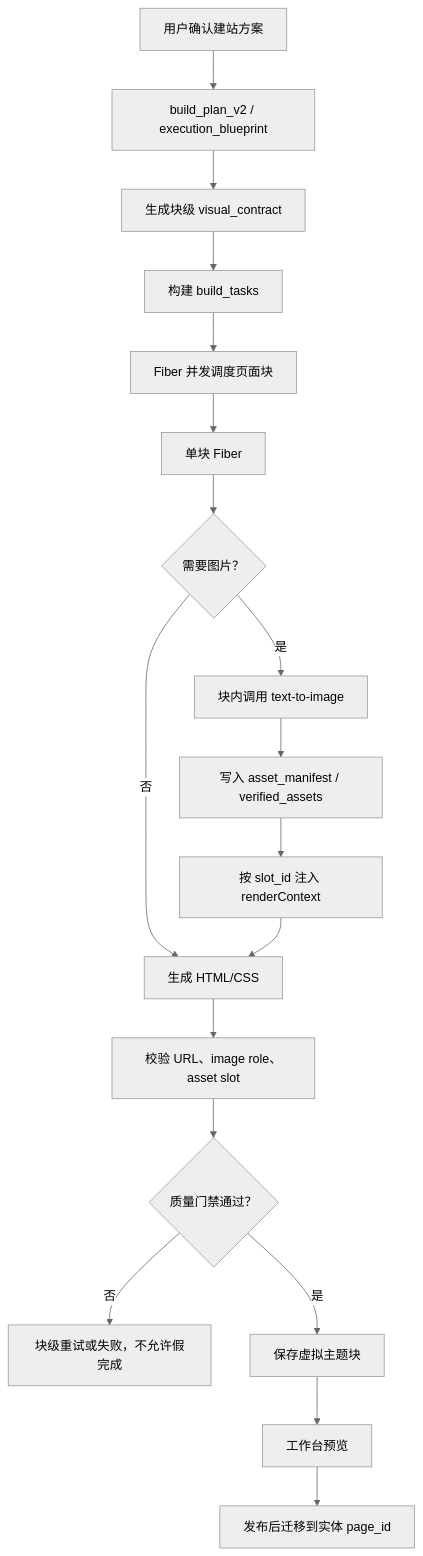
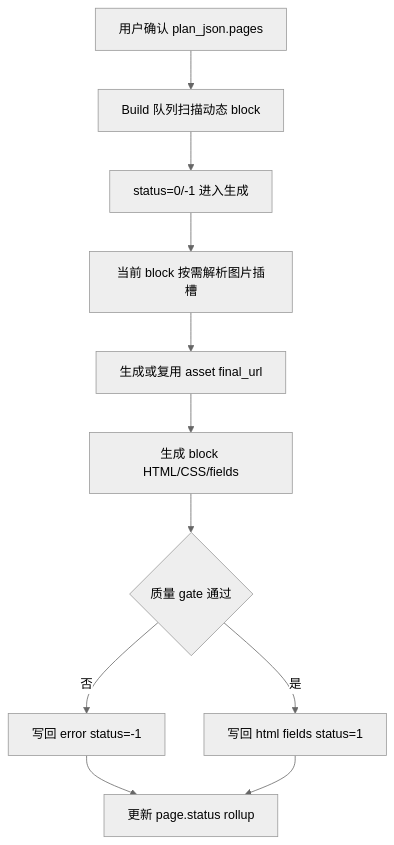
Before and after one commit to Aiweline/WelineFramework: the diagram in app/code/GuoLaiRen/PageBuilder/doc/PageBuilder_AI建站块级并发与图片插槽架构.md, drawn with Mermaid (neutral theme). The commit also changed other lines of this file and 197 other files, not shown here.

First line of the commit message:
refactor(PageBuilder): unify AI site planning on plan_json

````diff
--- a/app/code/GuoLaiRen/PageBuilder/doc/PageBuilder_AI建站块级并发与图片插槽架构.md
+++ b/app/code/GuoLaiRen/PageBuilder/doc/PageBuilder_AI建站块级并发与图片插槽架构.md
@@ -11,20 +13,13 @@
 ```mermaid
 flowchart TD
-    A["用户确认建站方案"] --> B["build_plan_v2 / execution_blueprint"]
-    B --> C["生成块级 visual_contract"]
-    C --> D["构建 build_tasks"]
-    D --> E["Fiber 并发调度页面块"]
-    E --> F["单块 Fiber"]
-    F --> G{"需要图片？"}
-    G -- "否" --> K["生成 HTML/CSS"]
-    G -- "是" --> H["块内调用 text-to-image"]
-    H --> I["写入 asset_manifest / verified_assets"]
-    I --> J["按 slot_id 注入 renderContext"]
-    J --> K
-    K --> L["校验 URL、image role、asset slot"]
-    L --> M{"质量门禁通过？"}
-    M -- "否" --> N["块级重试或失败，不允许假完成"]
-    M -- "是" --> O["保存虚拟主题块"]
-    O --> P["工作台预览"]
-    P --> Q["发布后迁移到实体 page_id"]
+    A["用户确认 plan_json.pages"] --> B["Build 队列扫描动态 block"]
+    B --> C["status=0/-1 进入生成"]
+    C --> D["当前 block 按需解析图片插槽"]
+    D --> E["生成或复用 asset final_url"]
+    E --> F["生成 block HTML/CSS/fields"]
+    F --> G{"质量 gate 通过"}
+    G -- "否" --> H["写回 error status=-1"]
+    G -- "是" --> I["写回 html fields status=1"]
+    H --> J["更新 page.status rollup"]
+    I --> J
 ```
````
